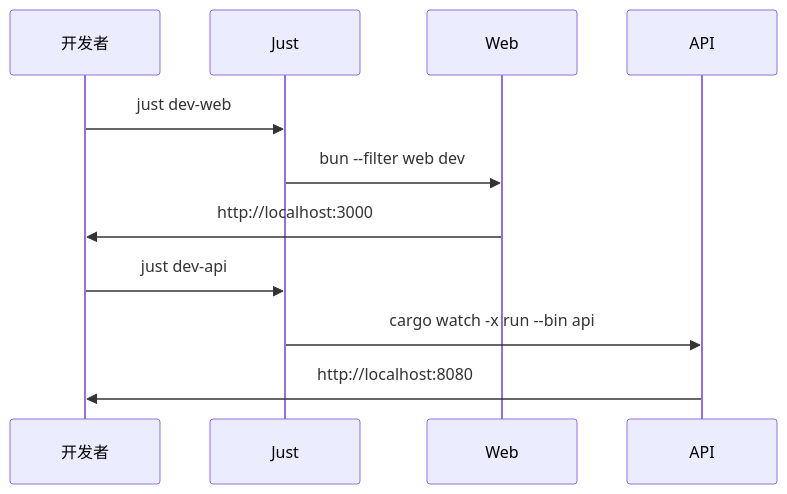
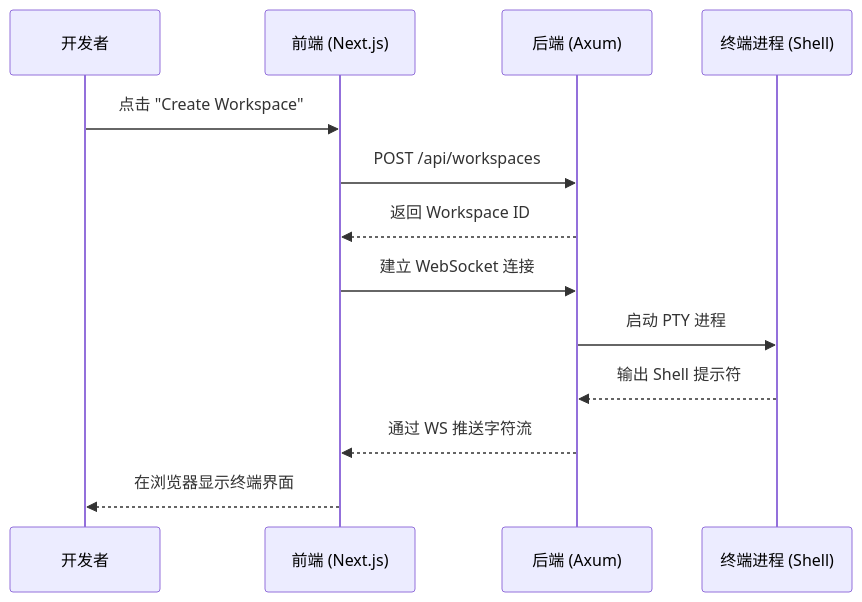
Before and after one commit to AruNi-01/atmos: the second of 2 diagrams in .atmos/wiki/getting-started/quick-start.md, drawn with Mermaid. The commit also changed other lines of this file and 49 other files, not shown here.

````diff
--- a/.atmos/wiki/getting-started/quick-start.md
+++ b/.atmos/wiki/getting-started/quick-start.md
@@ -34,15 +90,16 @@
 ```mermaid
 sequenceDiagram
-    participant U as 开发者
-    participant J as Just
-    participant W as Web
-    participant A as API
+    participant User as 开发者
+    participant Web as 前端 (Next.js)
+    participant API as 后端 (Axum)
+    participant PTY as 终端进程 (Shell)
 
-    U->>J: just dev-web
-    J->>W: bun --filter web dev
-    W->>U: http://localhost:3000
-
-    U->>J: just dev-api
-    J->>A: cargo watch -x run --bin api
-    A->>U: http://localhost:8080
+    User->>Web: 点击 "Create Workspace"
+    Web->>API: POST /api/workspaces
+    API-->>Web: 返回 Workspace ID
+    Web->>API: 建立 WebSocket 连接
+    API->>PTY: 启动 PTY 进程
+    PTY-->>API: 输出 Shell 提示符
+    API-->>Web: 通过 WS 推送字符流
+    Web-->>User: 在浏览器显示终端界面
 ```
````
